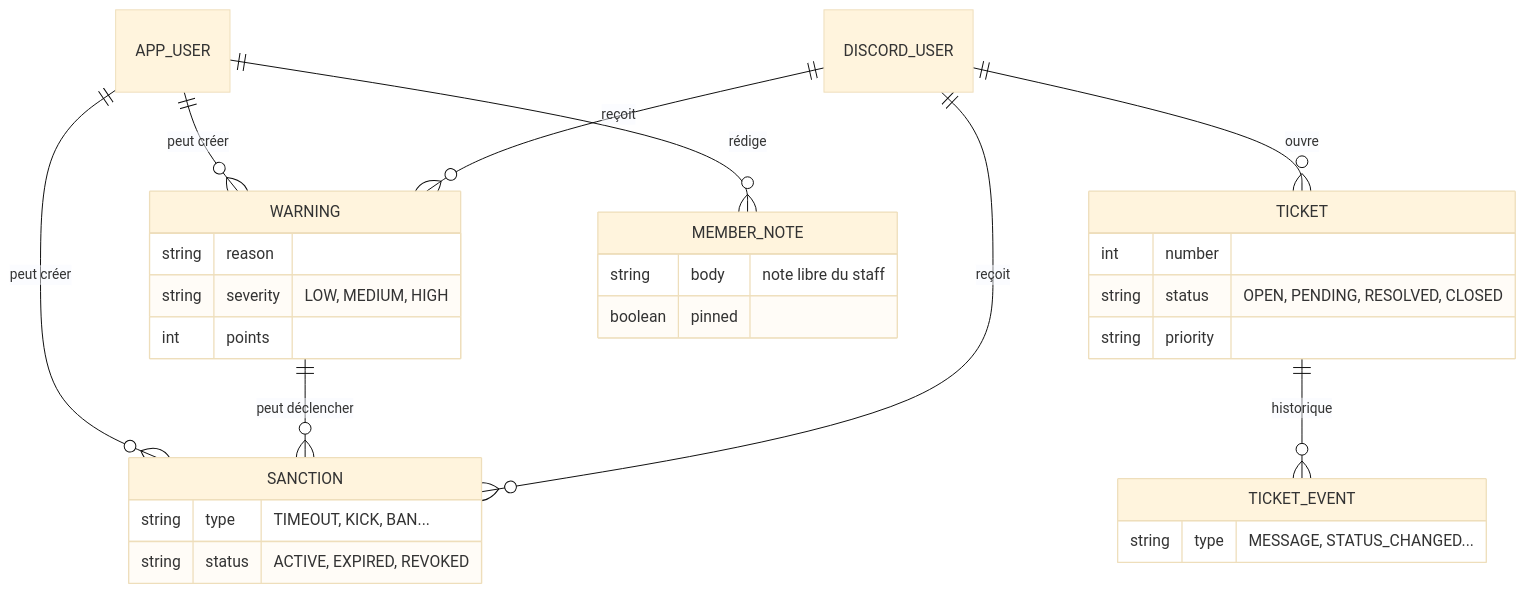
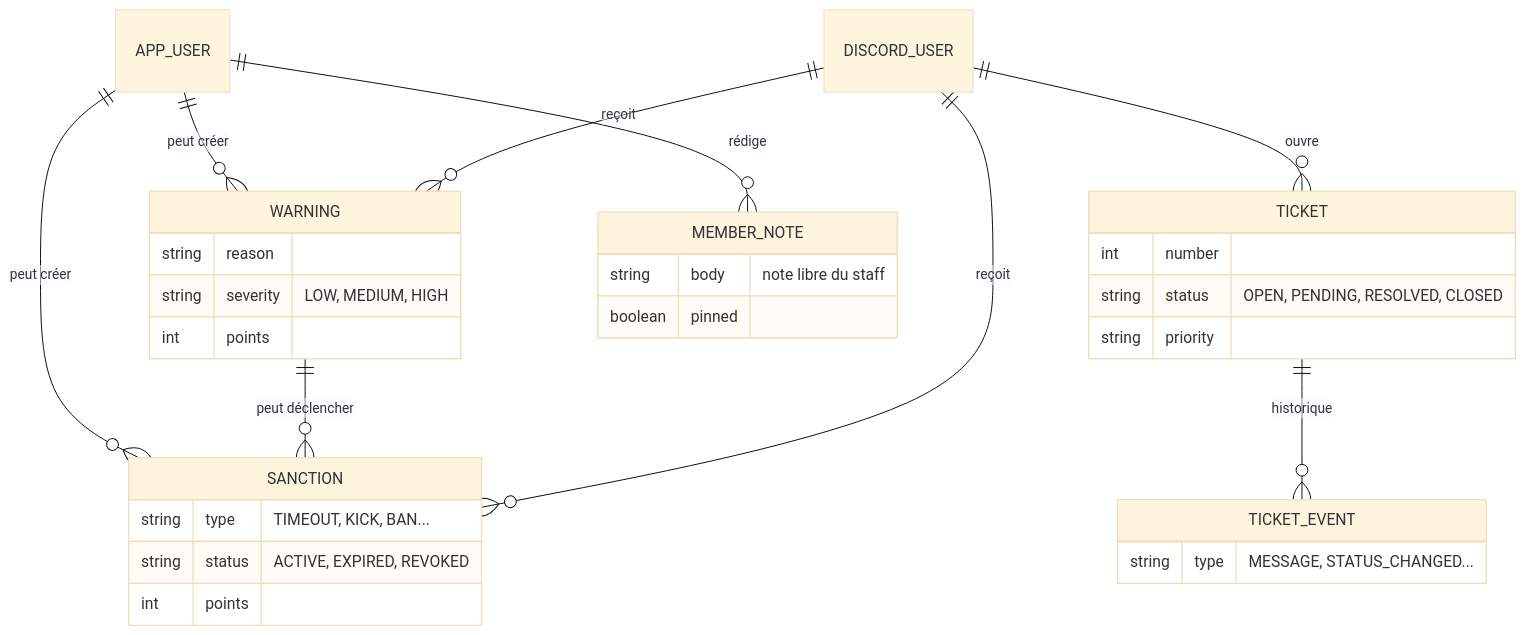
One commit to hanekaeru/anubis-moderation-tool changed the fifth of 9 diagrams in ARCHITECTURE.md. Above: the diagram before and after it, drawn with Mermaid (base theme). The commit also changed other lines of this file and 353 other files, not shown here.

````diff
--- a/ARCHITECTURE.md
+++ b/ARCHITECTURE.md
@@ -261,33 +326,34 @@
 ```mermaid
 erDiagram
     DISCORD_USER ||--o{ WARNING : "reçoit"
     DISCORD_USER ||--o{ SANCTION : "reçoit"
     DISCORD_USER ||--o{ TICKET : "ouvre"
     WARNING ||--o{ SANCTION : "peut déclencher"
     APP_USER ||--o{ WARNING : "peut créer"
     APP_USER ||--o{ SANCTION : "peut créer"
     APP_USER ||--o{ MEMBER_NOTE : "rédige"
     TICKET ||--o{ TICKET_EVENT : "historique"
 
     WARNING {
         string reason
         string severity "LOW, MEDIUM, HIGH"
         int points
     }
     SANCTION {
         string type "TIMEOUT, KICK, BAN..."
         string status "ACTIVE, EXPIRED, REVOKED"
+        int points
     }
     MEMBER_NOTE {
         string body "note libre du staff"
         boolean pinned
     }
     TICKET {
         int number
         string status "OPEN, PENDING, RESOLVED, CLOSED"
         string priority
     }
     TICKET_EVENT {
         string type "MESSAGE, STATUS_CHANGED..."
     }
 ```
````
